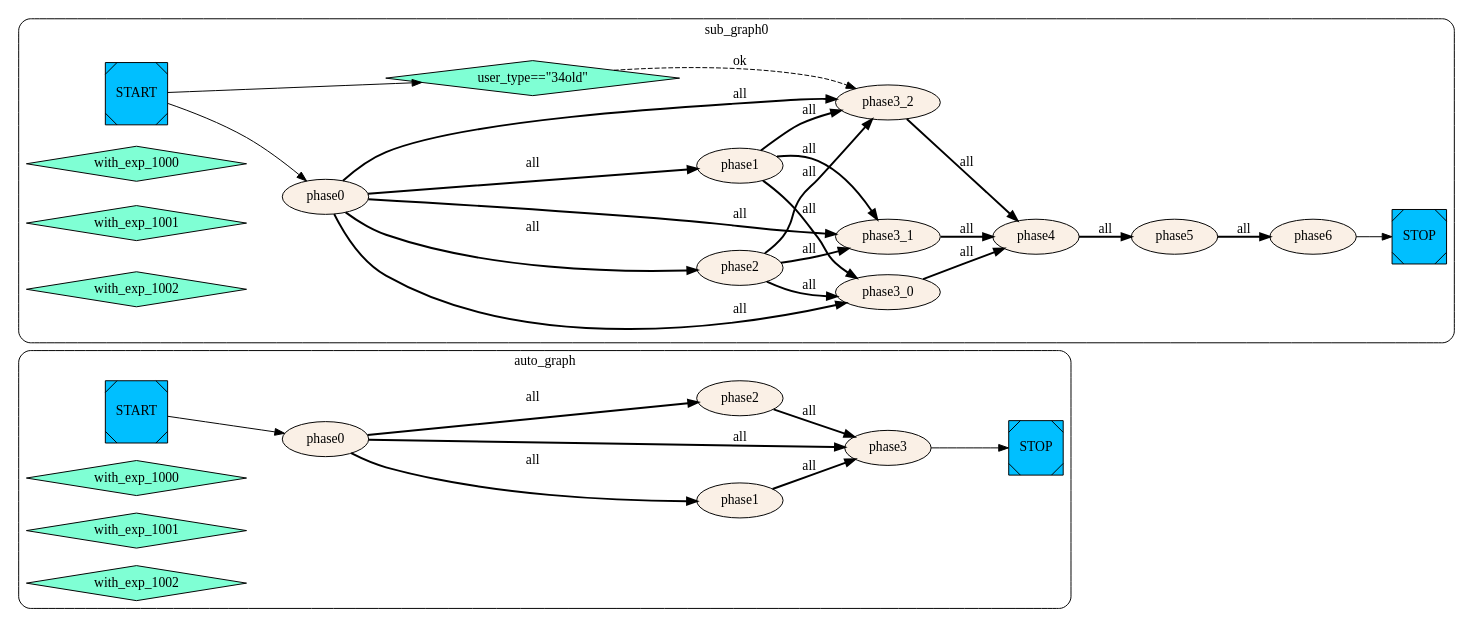
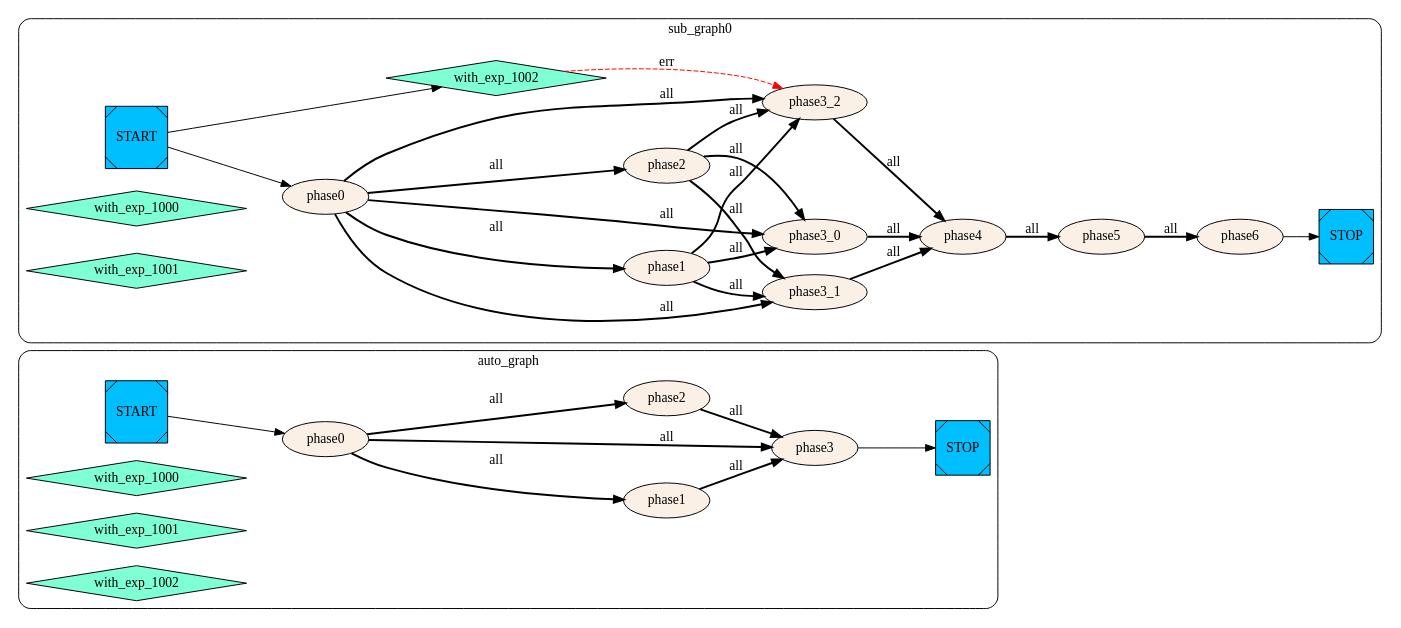
Before and after one commit to yinqiwen/myctk: the diagram in didagle/example/example3.toml.dot, drawn with Graphviz. The commit also changed 14 other files, not shown here.

```diff
--- a/didagle/example/example3.toml.dot
+++ b/didagle/example/example3.toml.dot
@@ -1,57 +1,59 @@
 digraph G {
     rankdir=LR;
   subgraph cluster_auto_graph{
     style = rounded;
     label = "auto_graph";
     auto_graph__START__[color=black fillcolor=deepskyblue style=filled shape=Msquare label="START"];
     auto_graph__STOP__[color=black fillcolor=deepskyblue style=filled shape=Msquare label="STOP"];
     auto_graph_phase0 [label="phase0" color=black fillcolor=linen style=filled];
     auto_graph_phase3 [label="phase3" color=black fillcolor=linen style=filled];
     auto_graph_phase2 [label="phase2" color=black fillcolor=linen style=filled];
     auto_graph_phase1 [label="phase1" color=black fillcolor=linen style=filled];
     auto_graph_with_exp_1000 [label="with_exp_1000" shape=diamond color=black fillcolor=aquamarine style=filled];
     auto_graph_with_exp_1001 [label="with_exp_1001" shape=diamond color=black fillcolor=aquamarine style=filled];
     auto_graph_with_exp_1002 [label="with_exp_1002" shape=diamond color=black fillcolor=aquamarine style=filled];
-    auto_graph__START__ -> auto_graph_phase0    auto_graph_phase3 -> auto_graph__STOP__    auto_graph_phase2 -> auto_graph_phase3 [style=bold label="all"];
+    auto_graph__START__ -> auto_graph_phase0;
+    auto_graph_phase3 -> auto_graph__STOP__    auto_graph_phase2 -> auto_graph_phase3 [style=bold label="all"];
     auto_graph_phase0 -> auto_graph_phase3 [style=bold label="all"];
     auto_graph_phase1 -> auto_graph_phase3 [style=bold label="all"];
     auto_graph_phase0 -> auto_graph_phase2 [style=bold label="all"];
     auto_graph_phase0 -> auto_graph_phase1 [style=bold label="all"];
 };
   subgraph cluster_sub_graph0{
     style = rounded;
     label = "sub_graph0";
     sub_graph0__START__[color=black fillcolor=deepskyblue style=filled shape=Msquare label="START"];
     sub_graph0__STOP__[color=black fillcolor=deepskyblue style=filled shape=Msquare label="STOP"];
     sub_graph0_phase6 [label="phase6" color=black fillcolor=linen style=filled];
     sub_graph0_phase5 [label="phase5" color=black fillcolor=linen style=filled];
     sub_graph0_phase4 [label="phase4" color=black fillcolor=linen style=filled];
+    sub_graph0_phase1 [label="phase1" color=black fillcolor=linen style=filled];
     sub_graph0_phase2 [label="phase2" color=black fillcolor=linen style=filled];
-    sub_graph0_phase3_2 [label="phase3_2" color=black fillcolor=linen style=filled];
-    sub_graph0_phase0 [label="phase0" color=black fillcolor=linen style=filled];
     sub_graph0_phase3_0 [label="phase3_0" color=black fillcolor=linen style=filled];
     sub_graph0_phase3_1 [label="phase3_1" color=black fillcolor=linen style=filled];
-    sub_graph0_phase1 [label="phase1" color=black fillcolor=linen style=filled];
-    sub_graph0_sub_graph0_0 [label="user_type==\"34old\"" shape=diamond color=black fillcolor=aquamarine style=filled];
+    sub_graph0_phase0 [label="phase0" color=black fillcolor=linen style=filled];
+    sub_graph0_phase3_2 [label="phase3_2" color=black fillcolor=linen style=filled];
     sub_graph0_with_exp_1000 [label="with_exp_1000" shape=diamond color=black fillcolor=aquamarine style=filled];
     sub_graph0_with_exp_1001 [label="with_exp_1001" shape=diamond color=black fillcolor=aquamarine style=filled];
     sub_graph0_with_exp_1002 [label="with_exp_1002" shape=diamond color=black fillcolor=aquamarine style=filled];
     sub_graph0_phase6 -> sub_graph0__STOP__    sub_graph0_phase5 -> sub_graph0_phase6 [style=bold label="all"];
     sub_graph0_phase4 -> sub_graph0_phase5 [style=bold label="all"];
     sub_graph0_phase3_2 -> sub_graph0_phase4 [style=bold label="all"];
     sub_graph0_phase3_0 -> sub_graph0_phase4 [style=bold label="all"];
     sub_graph0_phase3_1 -> sub_graph0_phase4 [style=bold label="all"];
+    sub_graph0_phase0 -> sub_graph0_phase1 [style=bold label="all"];
     sub_graph0_phase0 -> sub_graph0_phase2 [style=bold label="all"];
-    sub_graph0_sub_graph0_0 -> sub_graph0_phase3_2 [style=dashed label="ok"];
-    sub_graph0_phase2 -> sub_graph0_phase3_2 [style=bold label="all"];
-    sub_graph0_phase0 -> sub_graph0_phase3_2 [style=bold label="all"];
-    sub_graph0_phase1 -> sub_graph0_phase3_2 [style=bold label="all"];
-    sub_graph0__START__ -> sub_graph0_phase0    sub_graph0_phase2 -> sub_graph0_phase3_0 [style=bold label="all"];
+    sub_graph0_phase2 -> sub_graph0_phase3_0 [style=bold label="all"];
     sub_graph0_phase0 -> sub_graph0_phase3_0 [style=bold label="all"];
     sub_graph0_phase1 -> sub_graph0_phase3_0 [style=bold label="all"];
     sub_graph0_phase2 -> sub_graph0_phase3_1 [style=bold label="all"];
     sub_graph0_phase0 -> sub_graph0_phase3_1 [style=bold label="all"];
     sub_graph0_phase1 -> sub_graph0_phase3_1 [style=bold label="all"];
-    sub_graph0_phase0 -> sub_graph0_phase1 [style=bold label="all"];
-    sub_graph0__START__ -> sub_graph0_sub_graph0_0};
+    sub_graph0__START__ -> sub_graph0_phase0;
+    sub_graph0_with_exp_1002 -> sub_graph0_phase3_2 [style=dashed color=red label="err"];
+    sub_graph0__START__ -> sub_graph0_with_exp_1002;
+    sub_graph0_phase2 -> sub_graph0_phase3_2 [style=bold label="all"];
+    sub_graph0_phase0 -> sub_graph0_phase3_2 [style=bold label="all"];
+    sub_graph0_phase1 -> sub_graph0_phase3_2 [style=bold label="all"];
+};
 }
```
